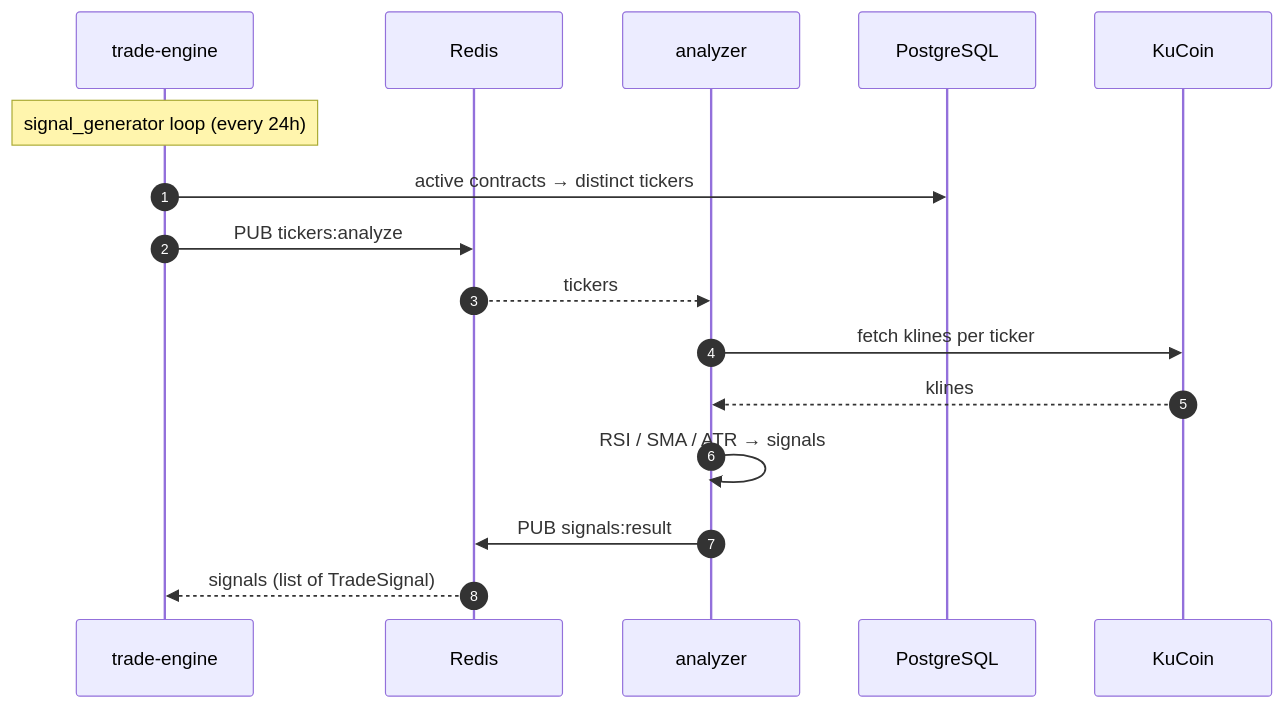
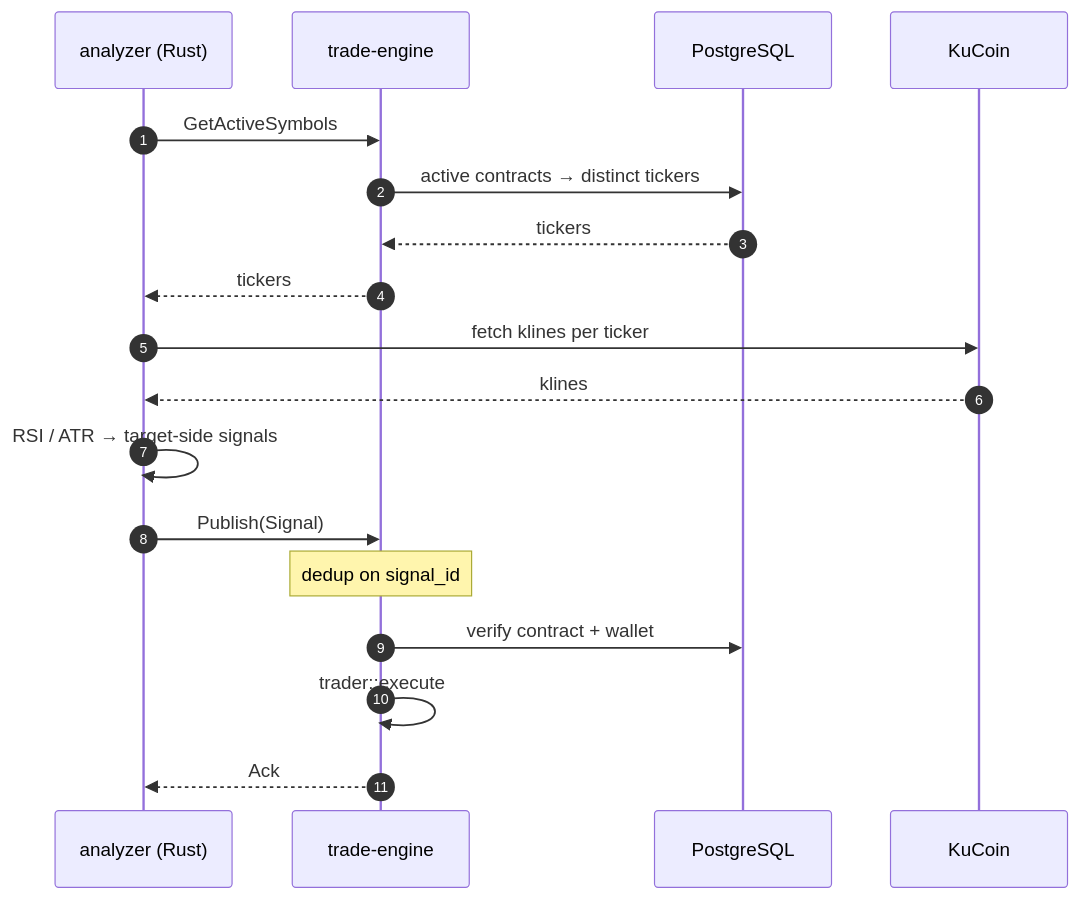
The third of 7 diagrams in process/trade-engine/README.md (N-Choo/CoinBot.v3), drawn with Mermaid before and after one commit. The commit also changed other lines of this file and 80 other files, not shown here.

First line of the commit message:
feat(analyzer): replace divergence with RSI momentum

````diff
--- a/process/trade-engine/README.md
+++ b/process/trade-engine/README.md
@@ -113,18 +117,20 @@
 ```mermaid
 sequenceDiagram
     autonumber
+    participant A as analyzer (Rust)
     participant TE as trade-engine
-    participant R as Redis
-    participant A as analyzer
     participant DB as PostgreSQL
     participant K as KuCoin
-    Note over TE: signal_generator loop (every 24h)
+    A->>TE: GetActiveSymbols
     TE->>DB: active contracts → distinct tickers
-    TE->>R: PUB tickers:analyze
-    R-->>A: tickers
+    DB-->>TE: tickers
+    TE-->>A: tickers
     A->>K: fetch klines per ticker
     K-->>A: klines
-    A->>A: RSI / SMA / ATR → signals
-    A->>R: PUB signals:result
-    R-->>TE: signals (list of TradeSignal)
+    A->>A: RSI / ATR → target-side signals
+    A->>TE: Publish(Signal)
+    Note over TE: dedup on signal_id
+    TE->>DB: verify contract + wallet
+    TE->>TE: trader::execute
+    TE-->>A: Ack
 ```
````
